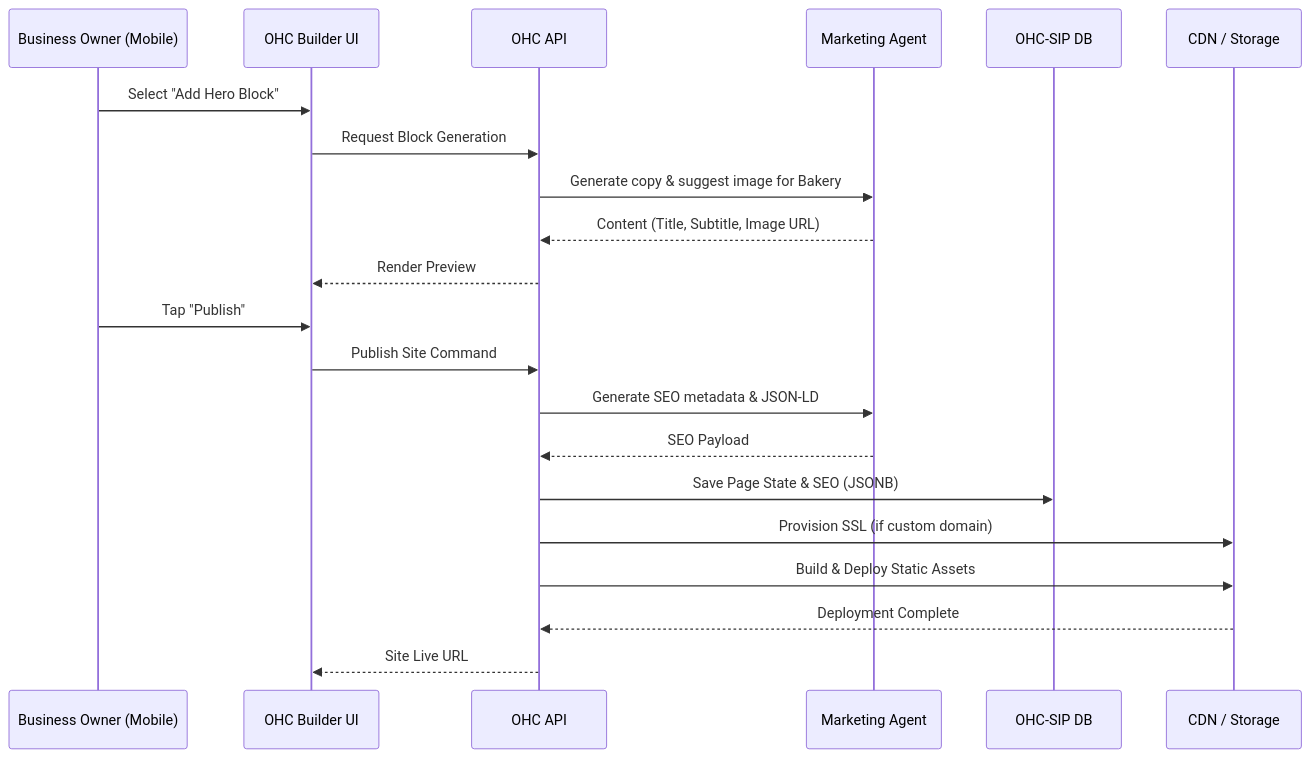
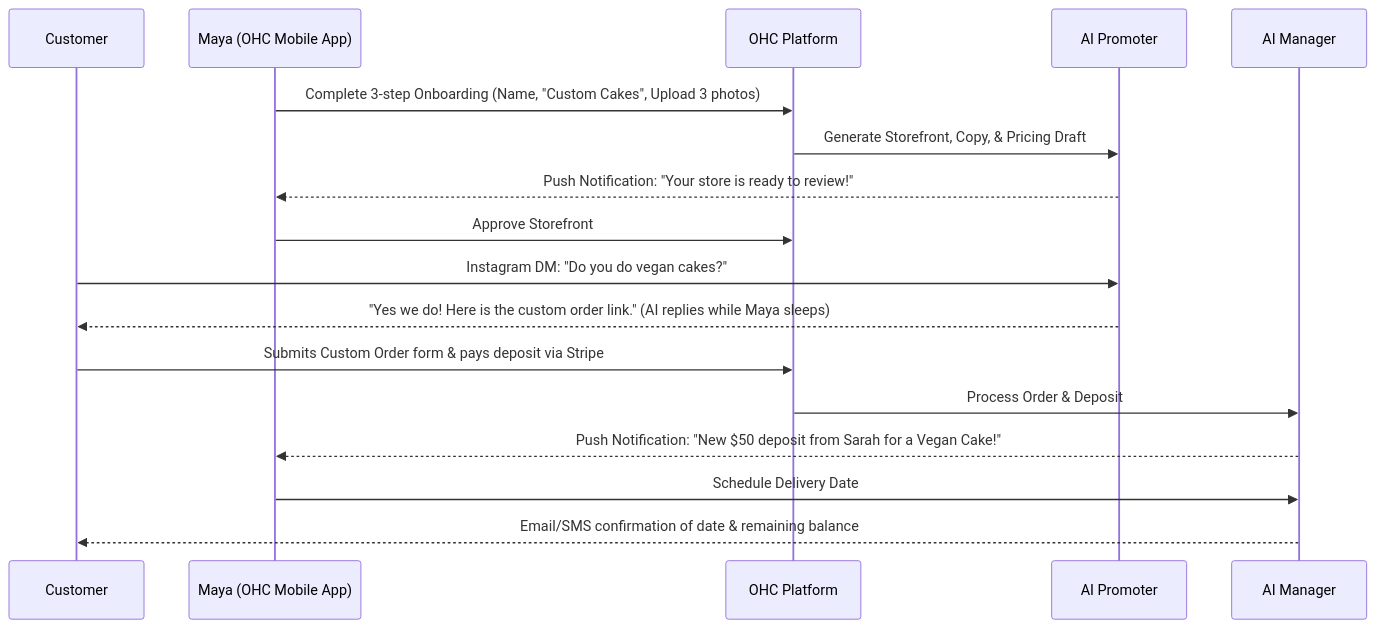
One commit to omnisolo-llc/onehumancorp changed the first of 3 diagrams in .agent-task/report/task_output.md. Above: the diagram before and after it, drawn with Mermaid. The commit also changed other lines of this file, not shown here.

First line of the commit message:
docs: Add Business Journey Architecture research report

````diff
--- a/.agent-task/report/task_output.md
+++ b/.agent-task/report/task_output.md
@@ -33,24 +29,20 @@
 ```mermaid
 sequenceDiagram
-    participant User as Business Owner (Mobile)
-    participant UI as OHC Builder UI
-    participant API as OHC API
-    participant AI as Marketing Agent
-    participant DB as OHC-SIP DB
-    participant CDN as CDN / Storage
+    participant C as Customer
+    participant M as Maya (OHC Mobile App)
+    participant OHC as OHC Platform
+    participant Promoter as AI Promoter
+    participant Manager as AI Manager
 
-    User->>UI: Select "Add Hero Block"
-    UI->>API: Request Block Generation
-    API->>AI: Generate copy & suggest image for Bakery
-    AI-->>API: Content (Title, Subtitle, Image URL)
-    API-->>UI: Render Preview
-    User->>UI: Tap "Publish"
-    UI->>API: Publish Site Command
-    API->>AI: Generate SEO metadata & JSON-LD
-    AI-->>API: SEO Payload
-    API->>DB: Save Page State & SEO (JSONB)
-    API->>CDN: Provision SSL (if custom domain)
-    API->>CDN: Build & Deploy Static Assets
-    CDN-->>API: Deployment Complete
-    API-->>UI: Site Live URL
+    M->>OHC: Complete 3-step Onboarding (Name, "Custom Cakes", Upload 3 photos)
+    OHC->>Promoter: Generate Storefront, Copy, & Pricing Draft
+    Promoter-->>M: Push Notification: "Your store is ready to review!"
+    M->>OHC: Approve Storefront
+    C->>Promoter: Instagram DM: "Do you do vegan cakes?"
+    Promoter-->>C: "Yes we do! Here is the custom order link." (AI replies while Maya sleeps)
+    C->>OHC: Submits Custom Order form & pays deposit via Stripe
+    OHC->>Manager: Process Order & Deposit
+    Manager-->>M: Push Notification: "New $50 deposit from Sarah for a Vegan Cake!"
+    M->>Manager: Schedule Delivery Date
+    Manager-->>C: Email/SMS confirmation of date & remaining balance
 ```
````
